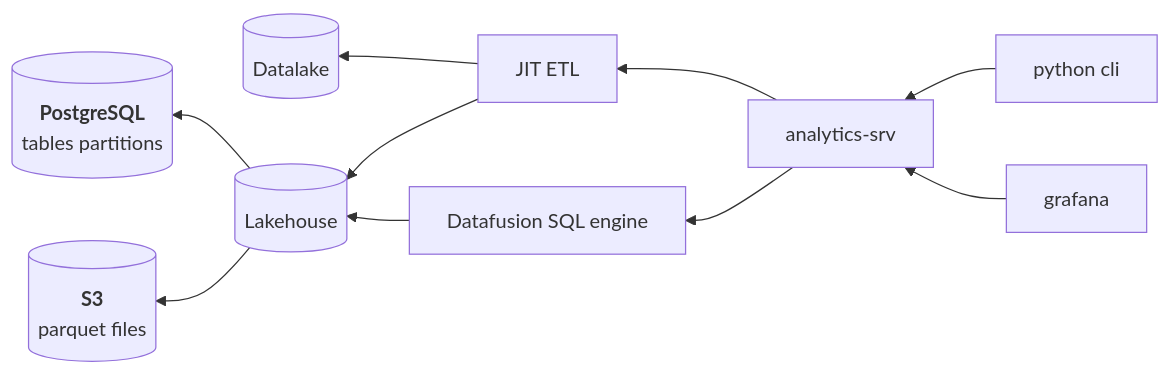
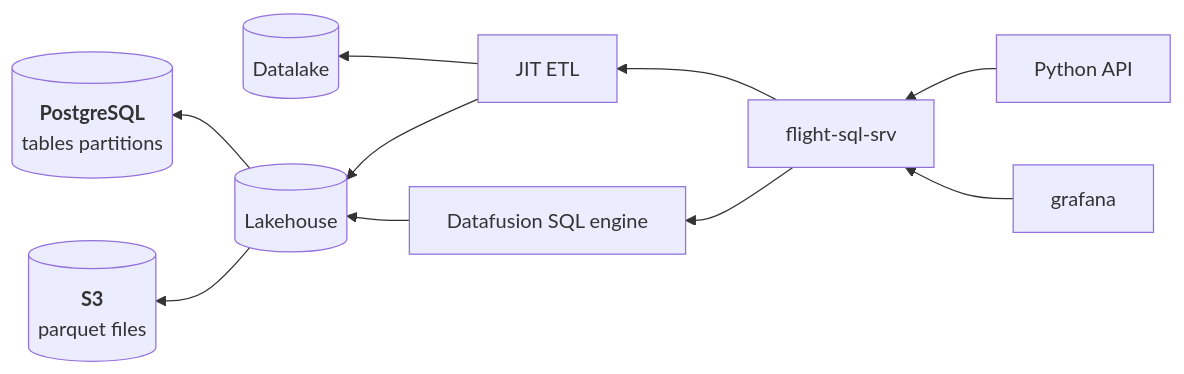
Before and after one commit to madesroches/micromegas: the fourth of 4 diagrams in doc/design-presentation/design.md, drawn with Mermaid. The commit also changed other lines of this file and 2 other files, not shown here.

```diff
--- a/doc/design-presentation/design.md
+++ b/doc/design-presentation/design.md
@@ -330,14 +372,14 @@
 <div class="mermaid">
 graph RL;
-    cli[python cli]-->analytics-srv;
-    grafana-->analytics-srv;
-    analytics-srv-->etl[JIT ETL];
+    cli[Python API]-->flight-sql-srv;
+    grafana-->flight-sql-srv;
+    flight-sql-srv-->etl[JIT ETL];
     etl-->datalake[(Datalake)];
     etl-->lakehouse[(Lakehouse)];
     lakehouse-->postgres[("`**PostgreSQL**
     tables partitions`")]
     lakehouse-->s3[("`**S3**
     parquet files`")]
-    analytics-srv-->datafusion[Datafusion SQL engine];
+    flight-sql-srv-->datafusion[Datafusion SQL engine];
     datafusion-->lakehouse
 </div>
```
